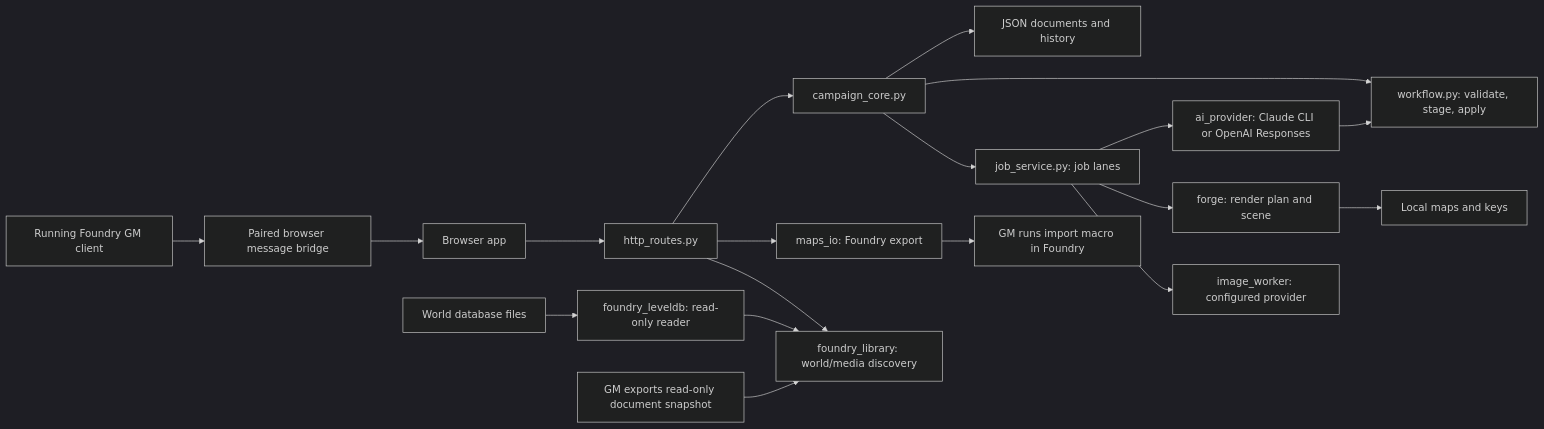
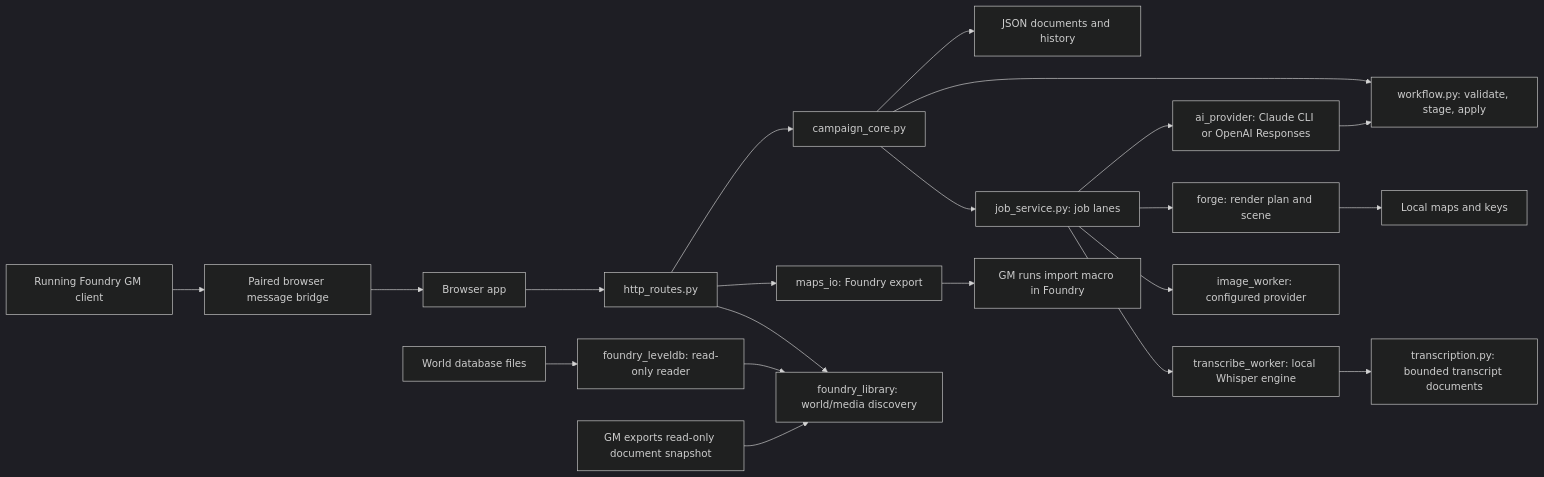
Before and after one commit to LimtlessLtd/campaign-studio: the diagram in docs/ARCHITECTURE.md, drawn with Mermaid (dark theme). The commit also changed other lines of this file and 27 other files, not shown here.

First line of the commit message:
Transcribe local session recordings with a local Whisper engine (W68)

````diff
--- a/docs/ARCHITECTURE.md
+++ b/docs/ARCHITECTURE.md
@@ -6,19 +6,21 @@
 ```mermaid
 flowchart LR
   UI[Browser app] --> HTTP[http_routes.py]
   HTTP --> Core[campaign_core.py]
   Core --> Docs[JSON documents and history]
   Core --> WF[workflow.py: validate, stage, apply]
   Core --> Queue[job_service.py: job lanes]
   Queue --> AI[ai_provider: Claude CLI or OpenAI Responses]
   AI --> WF
   Queue --> Forge[forge: render plan and scene]
   Queue --> Art[image_worker: configured provider]
+  Queue --> Speech[transcribe_worker: local Whisper engine]
+  Speech --> Transcripts[transcription.py: bounded transcript documents]
   Forge --> Maps[Local maps and keys]
   HTTP --> Export[maps_io: Foundry export]
   Export --> Macro[GM runs import macro in Foundry]
   HTTP --> Library[foundry_library: world/media discovery]
   WorldFiles[World database files] --> LevelDB[foundry_leveldb: read-only reader] --> Library
   FoundrySnapshot[GM exports read-only document snapshot] --> Library
   FoundryGM[Running Foundry GM client] --> Bridge[Paired browser message bridge] --> UI
 ```
````
